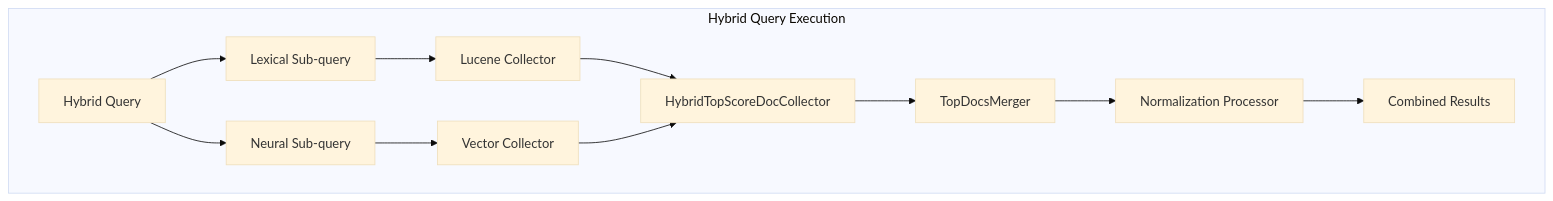
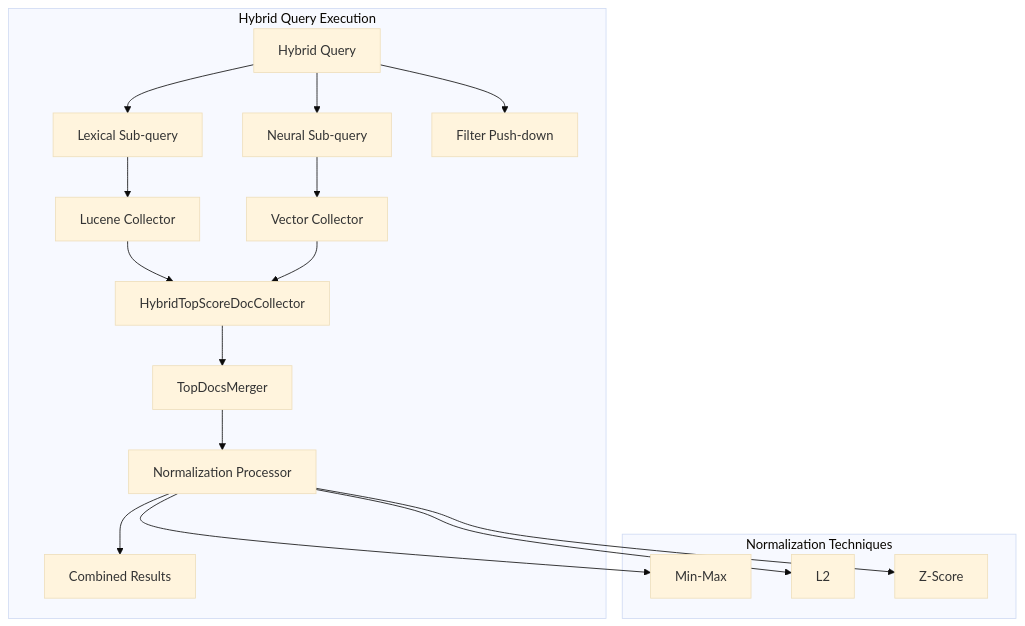
Before and after one commit to tkykenmt/opensearch-feature-explorer: the first of 2 diagrams in docs/features/neural-search/hybrid-query.md, drawn with Mermaid (base theme). The commit also changed other lines of this file and 2 other files, not shown here.

````diff
--- a/docs/features/neural-search/hybrid-query.md
+++ b/docs/features/neural-search/hybrid-query.md
@@ -11,17 +11,24 @@
 ```mermaid
 graph TB
     subgraph "Hybrid Query Execution"
         HQ[Hybrid Query] --> LQ[Lexical Sub-query]
         HQ --> NQ[Neural Sub-query]
+        HQ --> Filter[Filter Push-down]
         
         LQ --> LC[Lucene Collector]
         NQ --> VC[Vector Collector]
         
         LC --> HTC[HybridTopScoreDocCollector]
         VC --> HTC
         
         HTC --> TDM[TopDocsMerger]
         TDM --> NP[Normalization Processor]
         NP --> Results[Combined Results]
     end
+    
+    subgraph "Normalization Techniques"
+        NP --> MM[Min-Max]
+        NP --> L2[L2]
+        NP --> ZS[Z-Score]
+    end
 ```
````
